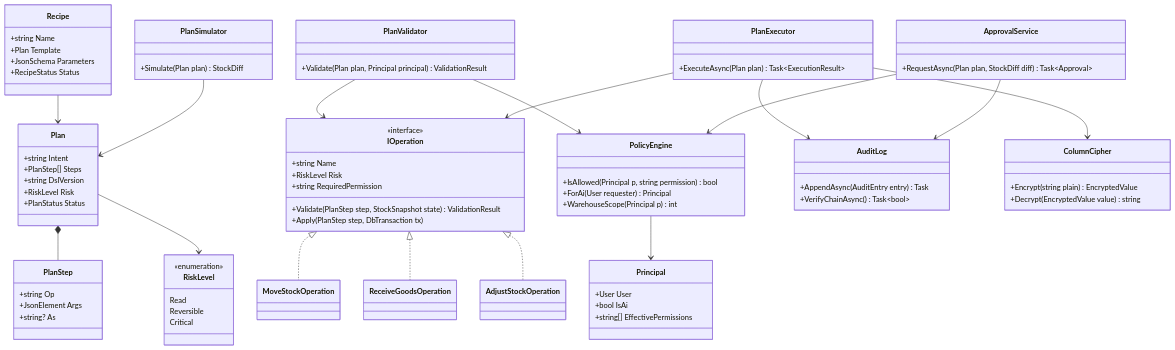
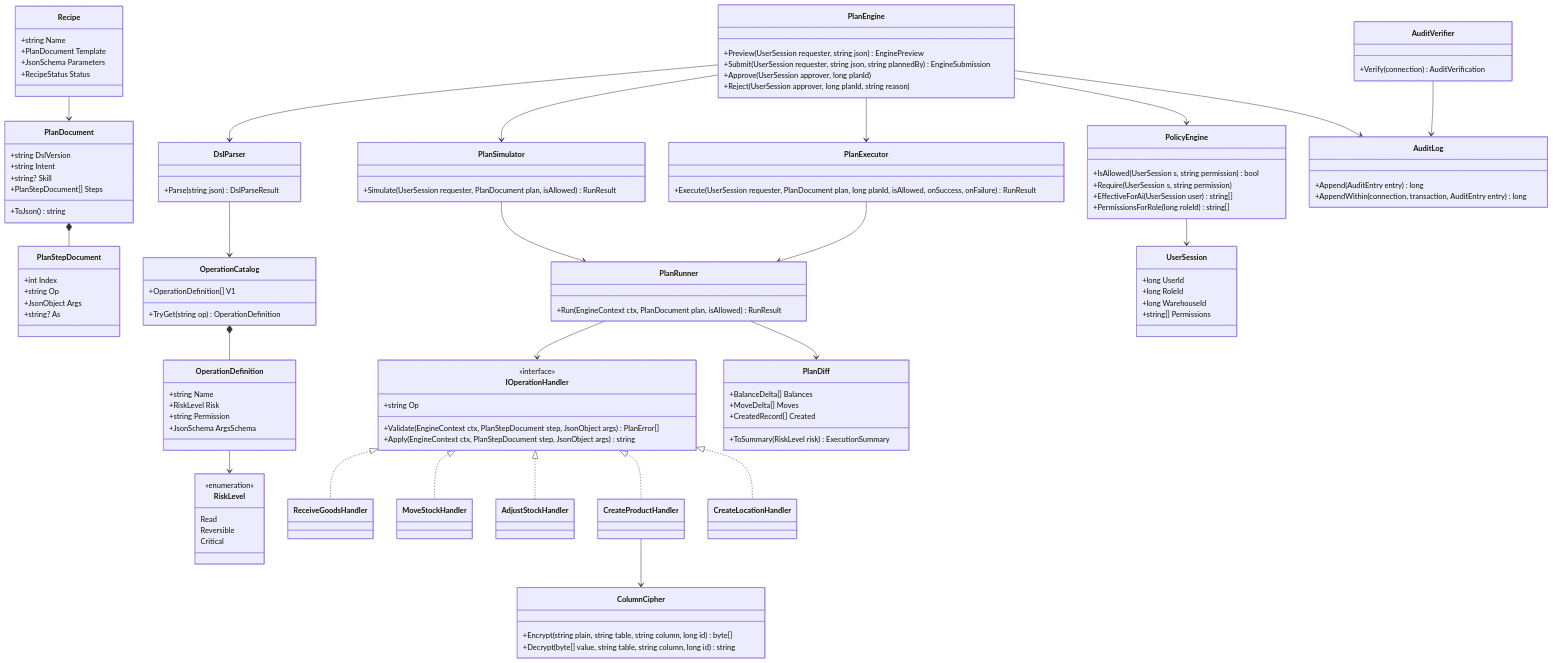
One commit to DevSamuelSCesar/ERP-Inteligente changed the sixth of 7 diagrams in README.md. Above: the diagram before and after it, drawn with Mermaid. The commit also changed other lines of this file and 83 other files, not shown here.

````diff
--- a/README.md
+++ b/README.md
@@ -358,15 +358,16 @@
 ```mermaid
 classDiagram
-    class Plan {
+    class PlanDocument {
+        +string DslVersion
         +string Intent
-        +PlanStep[] Steps
-        +string DslVersion
-        +RiskLevel Risk
-        +PlanStatus Status
+        +string? Skill
+        +PlanStepDocument[] Steps
+        +ToJson() string
     }
-    class PlanStep {
+    class PlanStepDocument {
+        +int Index
         +string Op
-        +JsonElement Args
+        +JsonObject Args
         +string? As
     }
     class RiskLevel {
@@ -377,66 +378,100 @@
     }
     class Recipe {
         +string Name
-        +Plan Template
+        +PlanDocument Template
         +JsonSchema Parameters
         +RecipeStatus Status
     }
-    class IOperation {
-        <<interface>>
+    class DslParser {
+        +Parse(string json) DslParseResult
+    }
+    class OperationCatalog {
+        +OperationDefinition[] V1
+        +TryGet(string op) OperationDefinition
+    }
+    class OperationDefinition {
         +string Name
         +RiskLevel Risk
-        +string RequiredPermission
-        +Validate(PlanStep step, StockSnapshot state) ValidationResult
-        +Apply(PlanStep step, DbTransaction tx)
+        +string Permission
+        +JsonSchema ArgsSchema
     }
-    class MoveStockOperation
-    class ReceiveGoodsOperation
-    class AdjustStockOperation
-    IOperation <|.. MoveStockOperation
-    IOperation <|.. ReceiveGoodsOperation
-    IOperation <|.. AdjustStockOperation
+    class IOperationHandler {
+        <<interface>>
+        +string Op
+        +Validate(EngineContext ctx, PlanStepDocument step, JsonObject args) PlanError[]
+        +Apply(EngineContext ctx, PlanStepDocument step, JsonObject args) string
+    }
+    class ReceiveGoodsHandler
+    class MoveStockHandler
+    class AdjustStockHandler
+    class CreateProductHandler
+    class CreateLocationHandler
+    IOperationHandler <|.. ReceiveGoodsHandler
+    IOperationHandler <|.. MoveStockHandler
+    IOperationHandler <|.. AdjustStockHandler
+    IOperationHandler <|.. CreateProductHandler
+    IOperationHandler <|.. CreateLocationHandler
 
-    class PlanValidator {
-        +Validate(Plan plan, Principal principal) ValidationResult
+    class PlanRunner {
+        +Run(EngineContext ctx, PlanDocument plan, isAllowed) RunResult
     }
     class PlanSimulator {
-        +Simulate(Plan plan) StockDiff
-    }
-    class ApprovalService {
-        +RequestAsync(Plan plan, StockDiff diff) Task~Approval~
+        +Simulate(UserSession requester, PlanDocument plan, isAllowed) RunResult
     }
     class PlanExecutor {
-        +ExecuteAsync(Plan plan) Task~ExecutionResult~
+        +Execute(UserSession requester, PlanDocument plan, long planId, isAllowed, onSuccess, onFailure) RunResult
+    }
+    class PlanEngine {
+        +Preview(UserSession requester, string json) EnginePreview
+        +Submit(UserSession requester, string json, string plannedBy) EngineSubmission
+        +Approve(UserSession approver, long planId)
+        +Reject(UserSession approver, long planId, string reason)
+    }
+    class PlanDiff {
+        +BalanceDelta[] Balances
+        +MoveDelta[] Moves
+        +CreatedRecord[] Created
+        +ToSummary(RiskLevel risk) ExecutionSummary
     }
     class PolicyEngine {
-        +IsAllowed(Principal p, string permission) bool
-        +ForAi(User requester) Principal
-        +WarehouseScope(Principal p) int
+        +IsAllowed(UserSession s, string permission) bool
+        +Require(UserSession s, string permission)
+        +EffectiveForAi(UserSession user) string[]
+        +PermissionsForRole(long roleId) string[]
     }
-    class Principal {
-        +User User
-        +bool IsAi
-        +string[] EffectivePermissions
+    class UserSession {
+        +long UserId
+        +long RoleId
+        +long WarehouseId
+        +string[] Permissions
     }
     class AuditLog {
-        +AppendAsync(AuditEntry entry) Task
-        +VerifyChainAsync() Task~bool~
+        +Append(AuditEntry entry) long
+        +AppendWithin(connection, transaction, AuditEntry entry) long
+    }
+    class AuditVerifier {
+        +Verify(connection) AuditVerification
     }
     class ColumnCipher {
-        +Encrypt(string plain) EncryptedValue
-        +Decrypt(EncryptedValue value) string
+        +Encrypt(string plain, string table, string column, long id) byte[]
+        +Decrypt(byte[] value, string table, string column, long id) string
     }
 
-    Plan *-- PlanStep
-    Plan --> RiskLevel
-    Recipe --> Plan
-    PlanValidator --> IOperation
-    PlanValidator --> PolicyEngine
-    PlanSimulator --> Plan
-    PlanExecutor --> IOperation
-    PlanExecutor --> AuditLog
-    PlanExecutor --> ColumnCipher
-    ApprovalService --> PolicyEngine
-    ApprovalService --> AuditLog
-    PolicyEngine --> Principal
+    PlanDocument *-- PlanStepDocument
+    Recipe --> PlanDocument
+    DslParser --> OperationCatalog
+    OperationCatalog *-- OperationDefinition
+    OperationDefinition --> RiskLevel
+    PlanRunner --> IOperationHandler
+    PlanRunner --> PlanDiff
+    PlanSimulator --> PlanRunner
+    PlanExecutor --> PlanRunner
+    PlanEngine --> DslParser
+    PlanEngine --> PlanSimulator
+    PlanEngine --> PlanExecutor
+    PlanEngine --> PolicyEngine
+    PlanEngine --> AuditLog
+    CreateProductHandler --> ColumnCipher
+    PolicyEngine --> UserSession
+    AuditVerifier --> AuditLog
 ```
````
